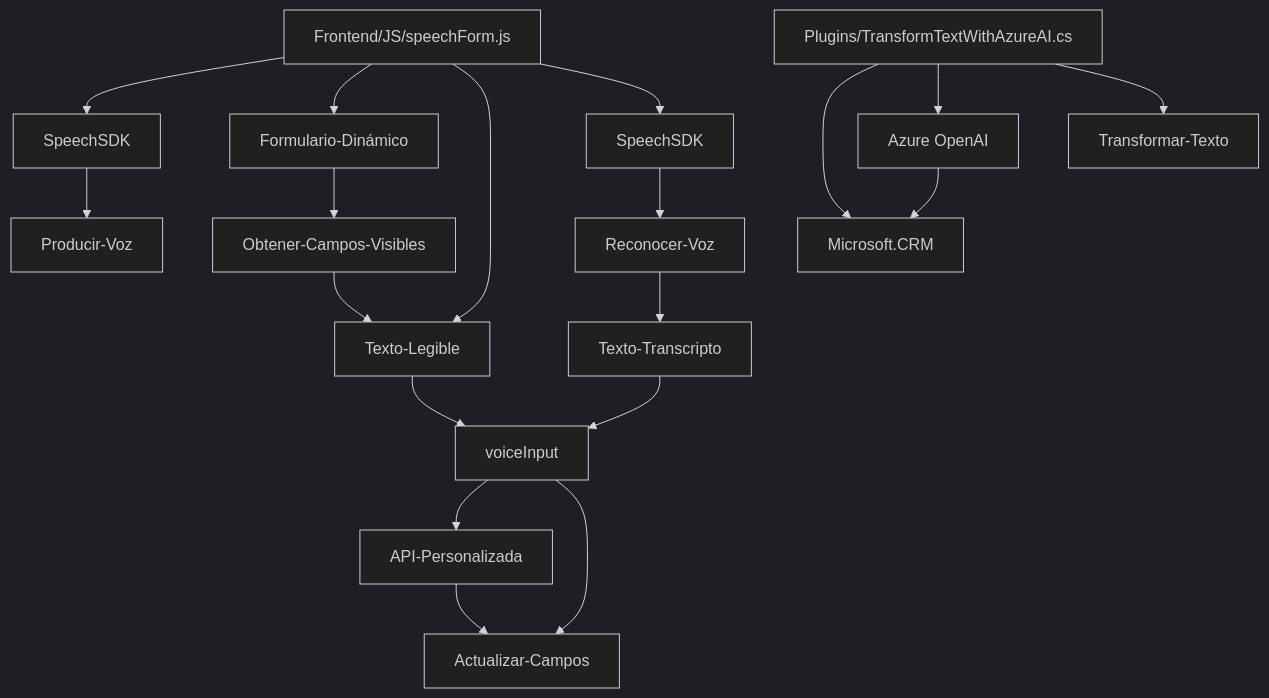
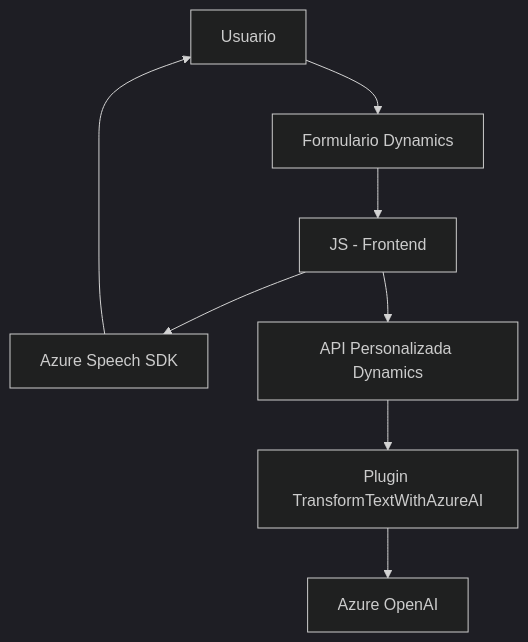
The diagram in README.md (blopezdm/NETCORE_BILBAO2025), drawn with Mermaid (dark theme) before and after one commit. The commit also changed other lines of this file, not shown here.

Commit message:
Actualizar análisis global de la solución con IA

````diff
--- a/README.md
+++ b/README.md
@@ -31,21 +37,18 @@
 ```mermaid
 graph TD
-    A["Frontend/JS/readForm.js"] --> B["SpeechSDK"]
-    A --> C["Formulario-Dinámico"]
-    B --> D["Producir-Voz"]
-    C --> E["Obtener-Campos-Visibles"]
-    E --> F["Texto-Legible"]
-    A --> F
-    A["Frontend/JS/speechForm.js"] --> G["SpeechSDK"]
-    G --> H["Reconocer-Voz"]
-    H --> I["Texto-Transcripto"]
-    F --> J["voiceInput"]
-    I --> J
-    J --> K["API-Personalizada"]
-    J --> L["Actualizar-Campos"]
-    K --> L
-    M["Plugins/TransformTextWithAzureAI.cs"] --> N["Microsoft.CRM"]
-    M --> P["Azure OpenAI"]
-    P --> N
-    M --> Q["Transformar-Texto"]
+    A["Usuario"]
+    B["Formulario Dynamics"]
+    C["JS - Frontend"]
+    D["Azure Speech SDK"]
+    E["Plugin TransformTextWithAzureAI"]
+    F["Azure OpenAI"]
+    G["API Personalizada Dynamics"]
+
+    A --> B
+    B --> C
+    C --> D
+    C --> G
+    D --> A
+    G --> E
+    E --> F
 ```
````
